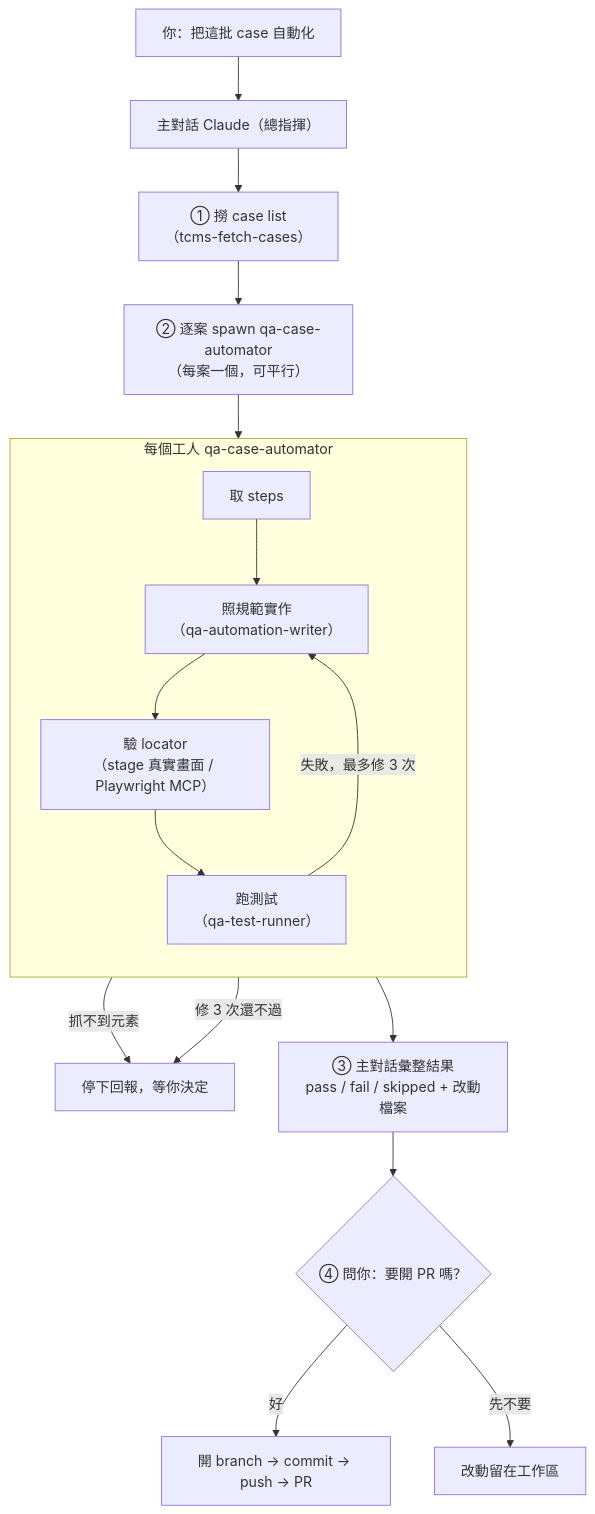
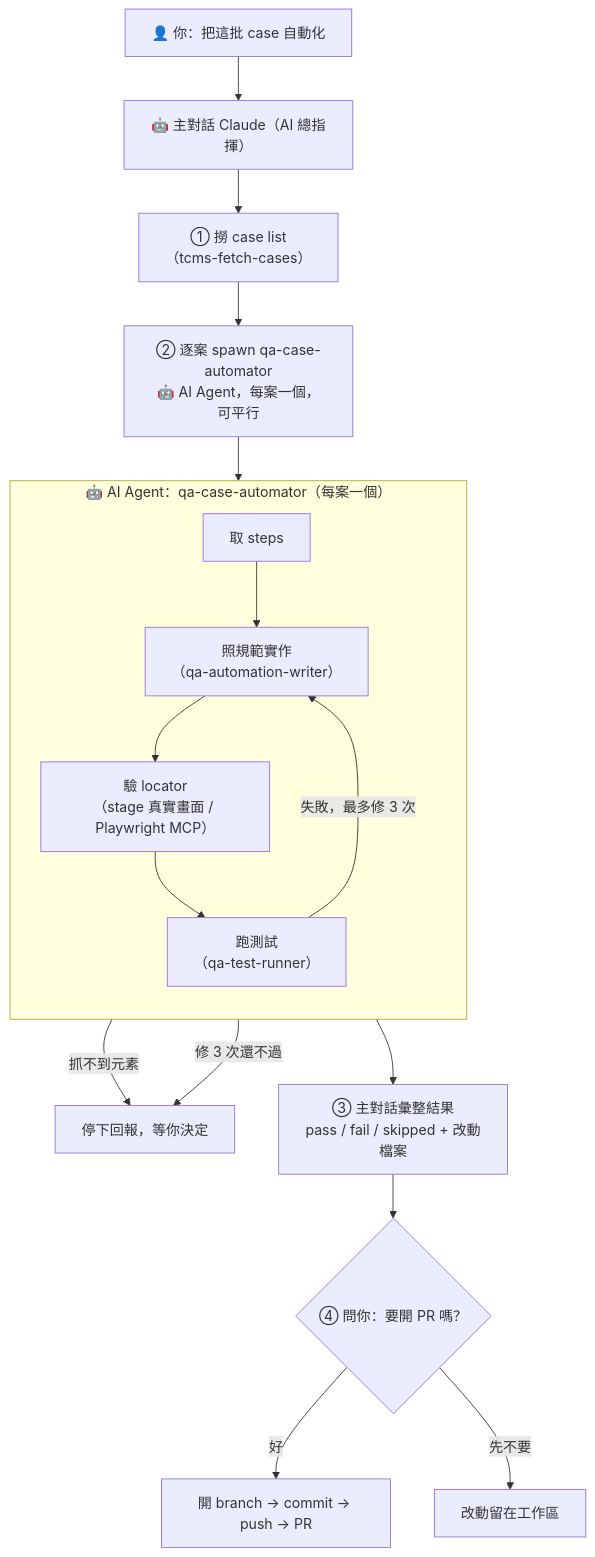
The diagram in docs/how-to-automate-tcms-cases.md (kkday-it/kkday-qa-skills), drawn with Mermaid before and after one commit. The commit also changed other lines of this file, not shown here.

First line of the commit message:
docs: emphasize AI Agent vs Skill in TCMS automation guide

````diff
--- a/docs/how-to-automate-tcms-cases.md
+++ b/docs/how-to-automate-tcms-cases.md
@@ -47,22 +49,22 @@
 ```mermaid
 flowchart TD
-    A["你：把這批 case 自動化"] --> B["主對話 Claude（總指揮）"]
+    A["👤 你：把這批 case 自動化"] --> B["🤖 主對話 Claude（AI 總指揮）"]
     B --> C["① 撈 case list<br/>（tcms-fetch-cases）"]
-    C --> D["② 逐案 spawn qa-case-automator<br/>（每案一個，可平行）"]
+    C --> D["② 逐案 spawn qa-case-automator<br/>🤖 AI Agent，每案一個，可平行"]
 
-    subgraph W["每個工人 qa-case-automator"]
+    subgraph W["🤖 AI Agent：qa-case-automator（每案一個）"]
         direction TB
         E["取 steps"] --> F["照規範實作<br/>（qa-automation-writer）"]
         F --> G["驗 locator<br/>（stage 真實畫面 / Playwright MCP）"]
         G --> H["跑測試<br/>（qa-test-runner）"]
         H -->|"失敗，最多修 3 次"| F
     end
 
     D --> E
     G -->|"抓不到元素"| STOP["停下回報，等你決定"]
     H -->|"修 3 次還不過"| STOP
     H --> I["③ 主對話彙整結果<br/>pass / fail / skipped + 改動檔案"]
     I --> J{"④ 問你：要開 PR 嗎？"}
     J -->|"好"| K["開 branch → commit → push → PR"]
     J -->|"先不要"| L["改動留在工作區"]
 ```
````
